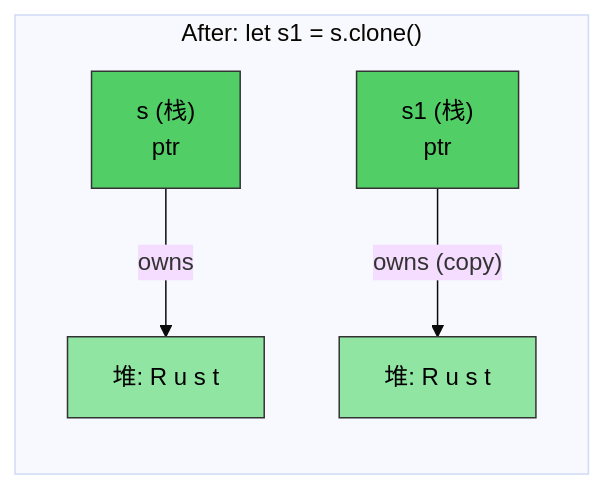
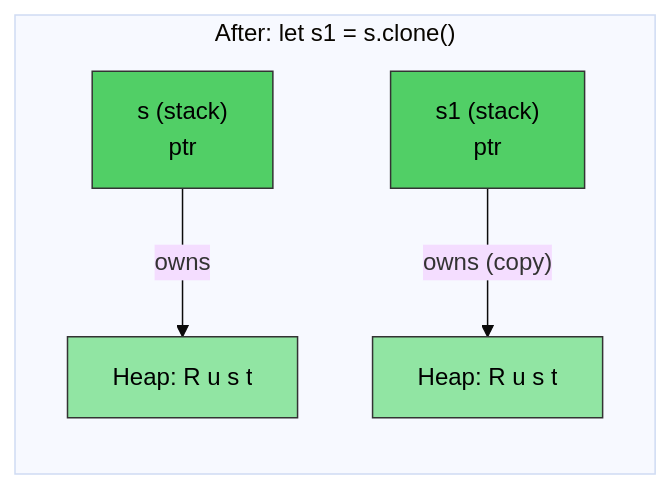
The second of 2 diagrams in src/ch07-ownership-and-borrowing.md (hex623/rust-training-zh), drawn with Mermaid (base theme) before and after one commit. The commit also changed other lines of this file and 21 other files, not shown here.

````diff
--- a/src/ch07-ownership-and-borrowing.md
+++ b/src/ch07-ownership-and-borrowing.md
@@ -174,12 +174,12 @@
 ```mermaid
 graph LR
     subgraph "After: let s1 = s.clone()"
-        S["s (栈)<br/>ptr"] -->|"owns"| H1["堆: R u s t"]
-        S1["s1 (栈)<br/>ptr"] -->|"owns (copy)"| H2["堆: R u s t"]
+        S["s (stack)<br/>ptr"] -->|"owns"| H1["Heap: R u s t"]
+        S1["s1 (stack)<br/>ptr"] -->|"owns (copy)"| H2["Heap: R u s t"]
     end
 
     style S fill:#51cf66,color:#000,stroke:#333
     style S1 fill:#51cf66,color:#000,stroke:#333
     style H1 fill:#91e5a3,color:#000,stroke:#333
     style H2 fill:#91e5a3,color:#000,stroke:#333
 ```
````
